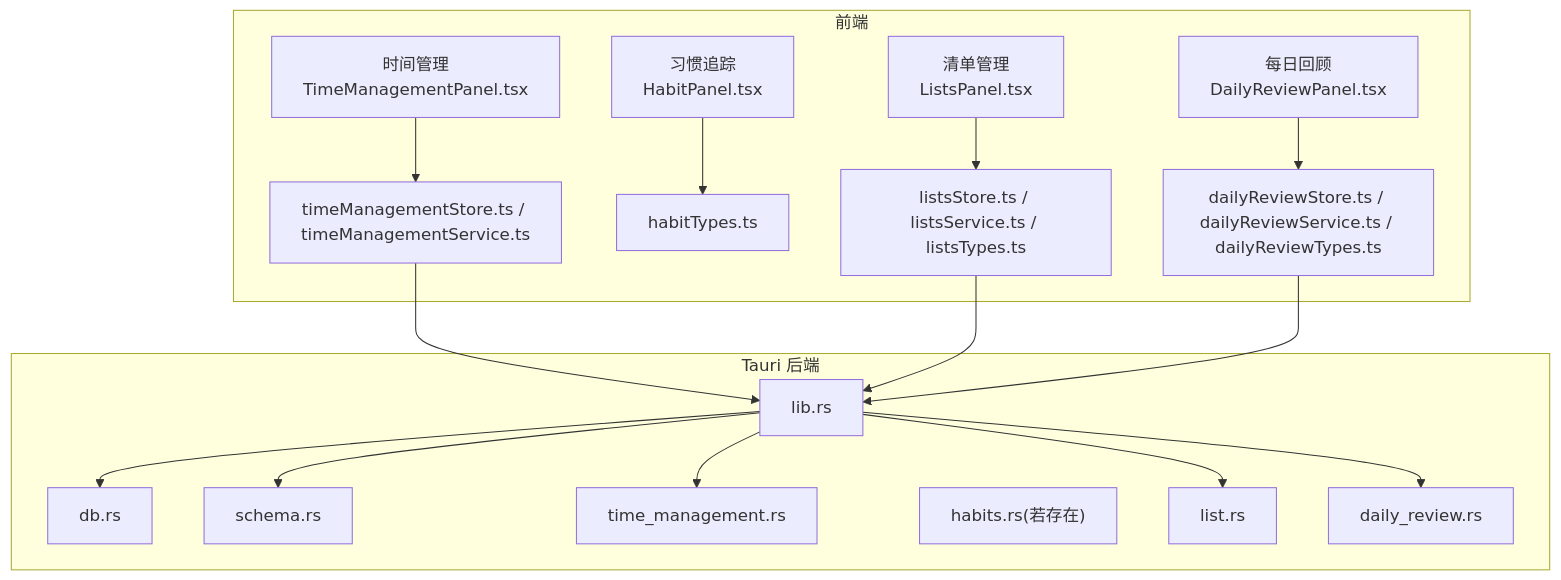
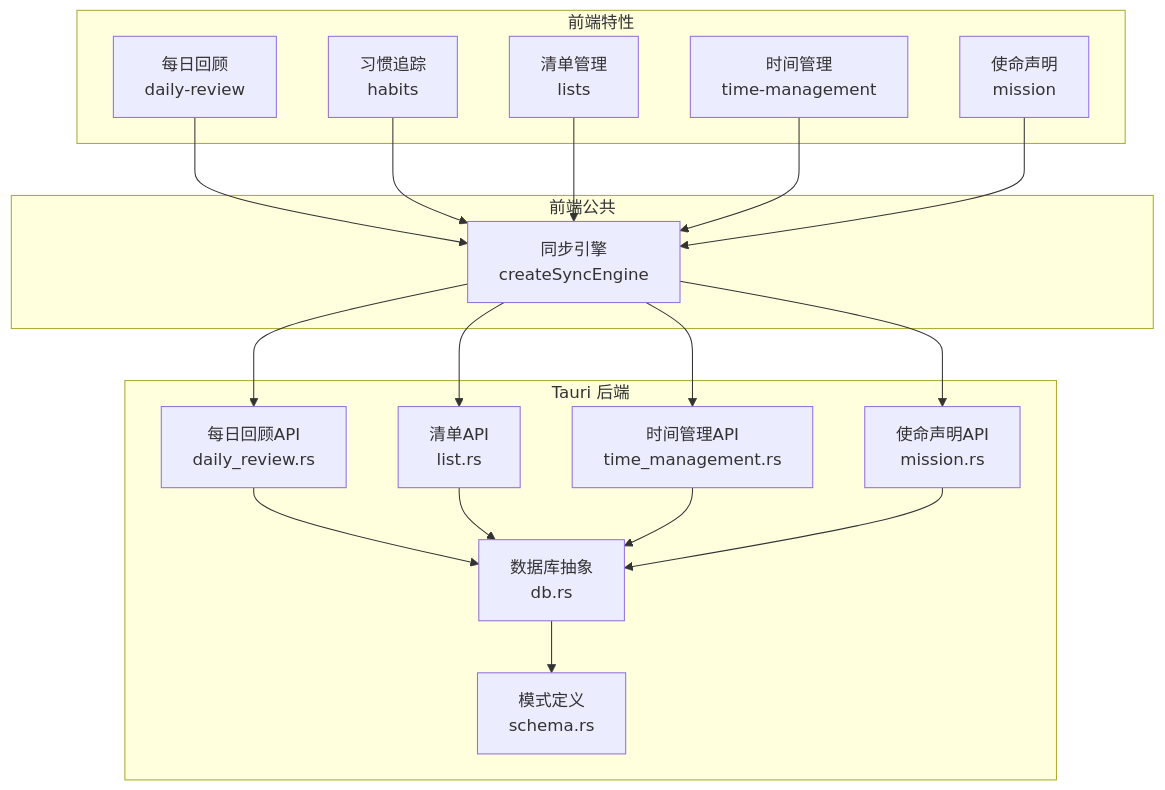
One commit to gzdxhujiale/FishWorker changed the first of 9 diagrams in .qoder/repowiki/zh/content/核心功能模块/核心功能模块.md. Above: the diagram before and after it, drawn with Mermaid. The commit also changed other lines of this file and 238 other files, not shown here.

````diff
--- a/.qoder/repowiki/zh/content/核心功能模块/核心功能模块.md
+++ b/.qoder/repowiki/zh/content/核心功能模块/核心功能模块.md
@@ -66,34 +69,35 @@
 ```mermaid
 graph TB
-subgraph "前端"
-TM["时间管理<br/>TimeManagementPanel.tsx"]
-HAB["习惯追踪<br/>HabitPanel.tsx"]
-LST["清单管理<br/>ListsPanel.tsx"]
-DR["每日回顾<br/>DailyReviewPanel.tsx"]
-TM_S["timeManagementStore.ts / timeManagementService.ts"]
-HAB_S["habitTypes.ts"]
-LST_S["listsStore.ts / listsService.ts / listsTypes.ts"]
-DR_S["dailyReviewStore.ts / dailyReviewService.ts / dailyReviewTypes.ts"]
+subgraph "前端特性"
+DR["每日回顾<br/>daily-review"]
+HAB["习惯追踪<br/>habits"]
+LST["清单管理<br/>lists"]
+TM["时间管理<br/>time-management"]
+MIS["使命声明<br/>mission"]
+end
+subgraph "前端公共"
+SYNC["同步引擎<br/>createSyncEngine"]
 end
 subgraph "Tauri 后端"
-LIB["lib.rs"]
-DB["db.rs"]
-SCHEMA["schema.rs"]
-TM_R["time_management.rs"]
-HAB_R["habits.rs(若存在)"]
-LST_R["list.rs"]
-DR_R["daily_review.rs"]
+DB["数据库抽象<br/>db.rs"]
+SCHEMA["模式定义<br/>schema.rs"]
+API_DR["每日回顾API<br/>daily_review.rs"]
+API_LST["清单API<br/>list.rs"]
+API_TM["时间管理API<br/>time_management.rs"]
+API_MIS["使命声明API<br/>mission.rs"]
 end
-TM --> TM_S
-HAB --> HAB_S
-LST --> LST_S
-DR --> DR_S
-TM_S --> LIB
-LST_S --> LIB
-DR_S --> LIB
-LIB --> TM_R
-LIB --> LST_R
-LIB --> DR_R
-LIB --> DB
-LIB --> SCHEMA
+DR --> SYNC
+HAB --> SYNC
+LST --> SYNC
+TM --> SYNC
+MIS --> SYNC
+SYNC --> API_DR
+SYNC --> API_LST
+SYNC --> API_TM
+SYNC --> API_MIS
+API_DR --> DB
+API_LST --> DB
+API_TM --> DB
+API_MIS --> DB
+DB --> SCHEMA
 ```
````
